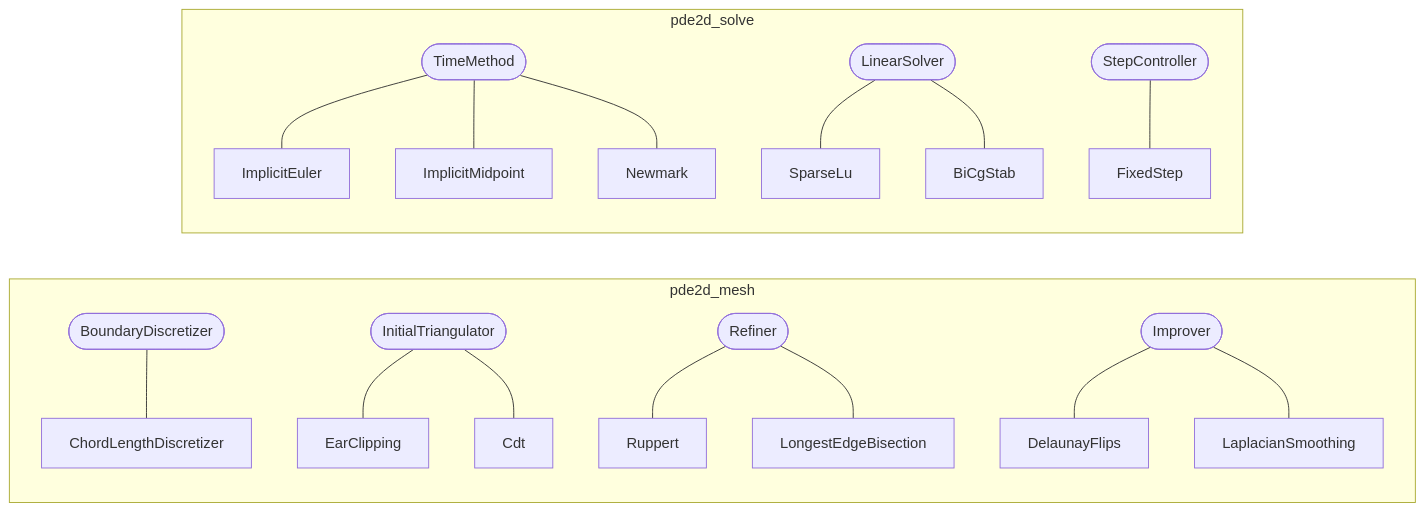
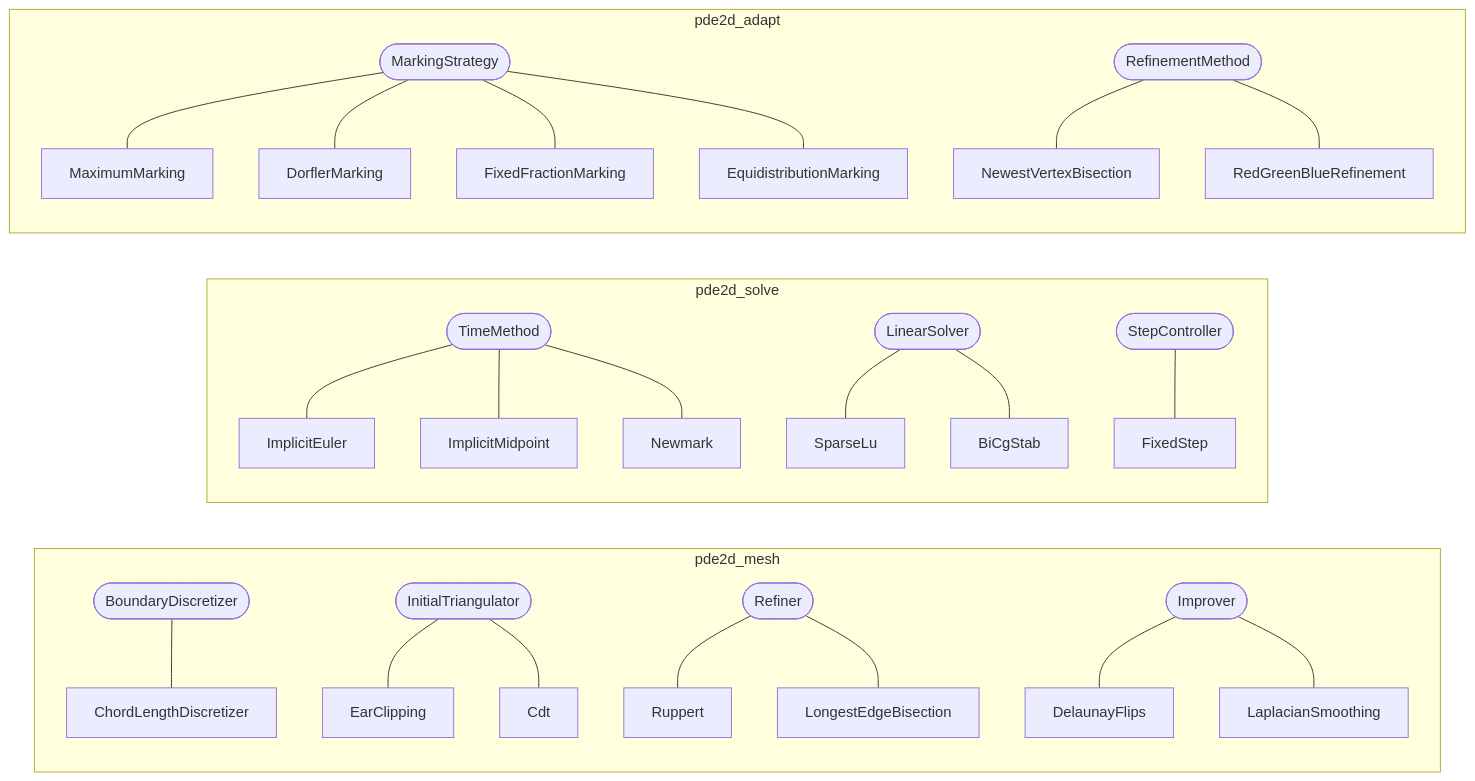
Diagram 11 of 12 in docs/architecture.md (dmglushko/2d-pde), drawn with Mermaid before and after one commit. The commit also changed other lines of this file and 1 other file, not shown here.

First line of the commit message:
Document pde2d_adapt in architecture.md and AGENTS.md

````diff
--- a/docs/architecture.md
+++ b/docs/architecture.md
@@ -443,20 +450,28 @@
 ```mermaid
 flowchart LR
     subgraph mesh [pde2d_mesh]
         BD([BoundaryDiscretizer]) --- CLD[ChordLengthDiscretizer]
         IT([InitialTriangulator]) --- EAR[EarClipping]
         IT --- CDT[Cdt]
         RF([Refiner]) --- RUP[Ruppert]
         RF --- LEB[LongestEdgeBisection]
         IMP([Improver]) --- DF[DelaunayFlips]
         IMP --- LS[LaplacianSmoothing]
     end
     subgraph solve [pde2d_solve]
         TMI([TimeMethod]) --- IE[ImplicitEuler]
         TMI --- IM[ImplicitMidpoint]
         TMI --- NM[Newmark]
         LSI([LinearSolver]) --- SLU[SparseLu]
         LSI --- BCG[BiCgStab]
         SCI([StepController]) --- FS[FixedStep]
     end
+    subgraph adapt [pde2d_adapt]
+        MKS([MarkingStrategy]) --- MXM[MaximumMarking]
+        MKS --- DRM[DorflerMarking]
+        MKS --- FFM[FixedFractionMarking]
+        MKS --- EQM[EquidistributionMarking]
+        RFM([RefinementMethod]) --- NVB[NewestVertexBisection]
+        RFM --- RGB[RedGreenBlueRefinement]
+    end
 ```
````
